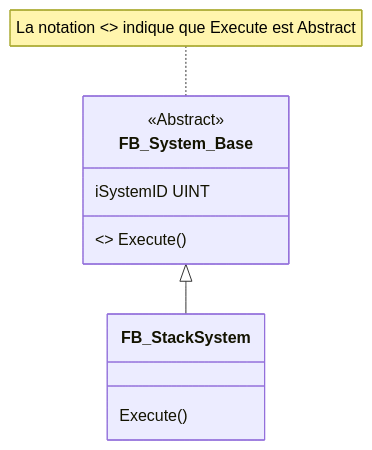
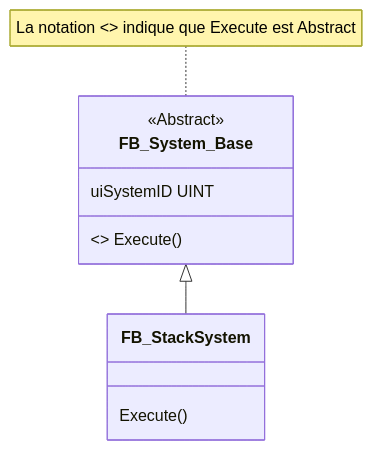
One commit to hei-synd-aaut/aaut-docs changed the seventh of 8 diagrams in AAut_MOD_01_IEC_61131_OOP_Introduction/Programmation_IEC_61131_3_FR.md. Above: the diagram before and after it, drawn with Mermaid. The commit also changed other lines of this file and 1 other file, not shown here.

````diff
--- a/AAut_MOD_01_IEC_61131_OOP_Introduction/Programmation_IEC_61131_3_FR.md
+++ b/AAut_MOD_01_IEC_61131_OOP_Introduction/Programmation_IEC_61131_3_FR.md
@@ -865,16 +865,16 @@
 ```mermaid
 classDiagram
     class FB_System_Base {
-        iSystemID UINT 
+        uiSystemID UINT 
         <<Abstract>> Execute()
     }
     <<Abstract>> FB_System_Base
 
     class FB_StackSystem {
         Execute()
     }
 
     FB_System_Base <|-- FB_StackSystem
 
 note for FB_System_Base "La notation <> indique que Execute est Abstract"    
 ```
````
